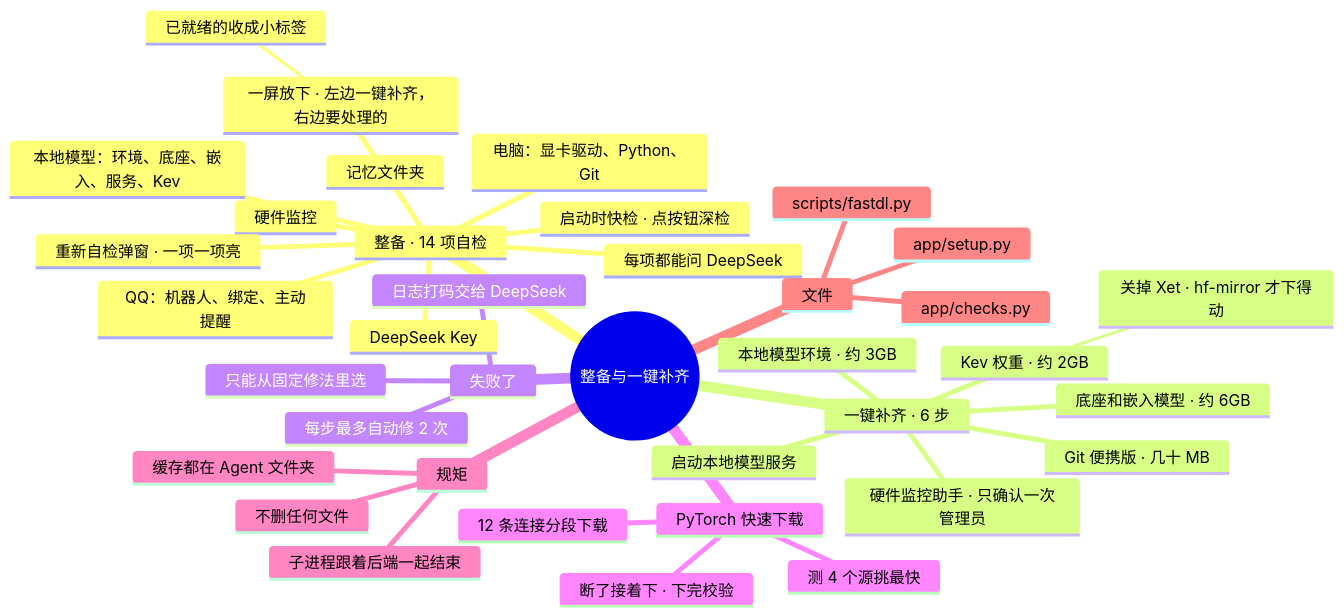
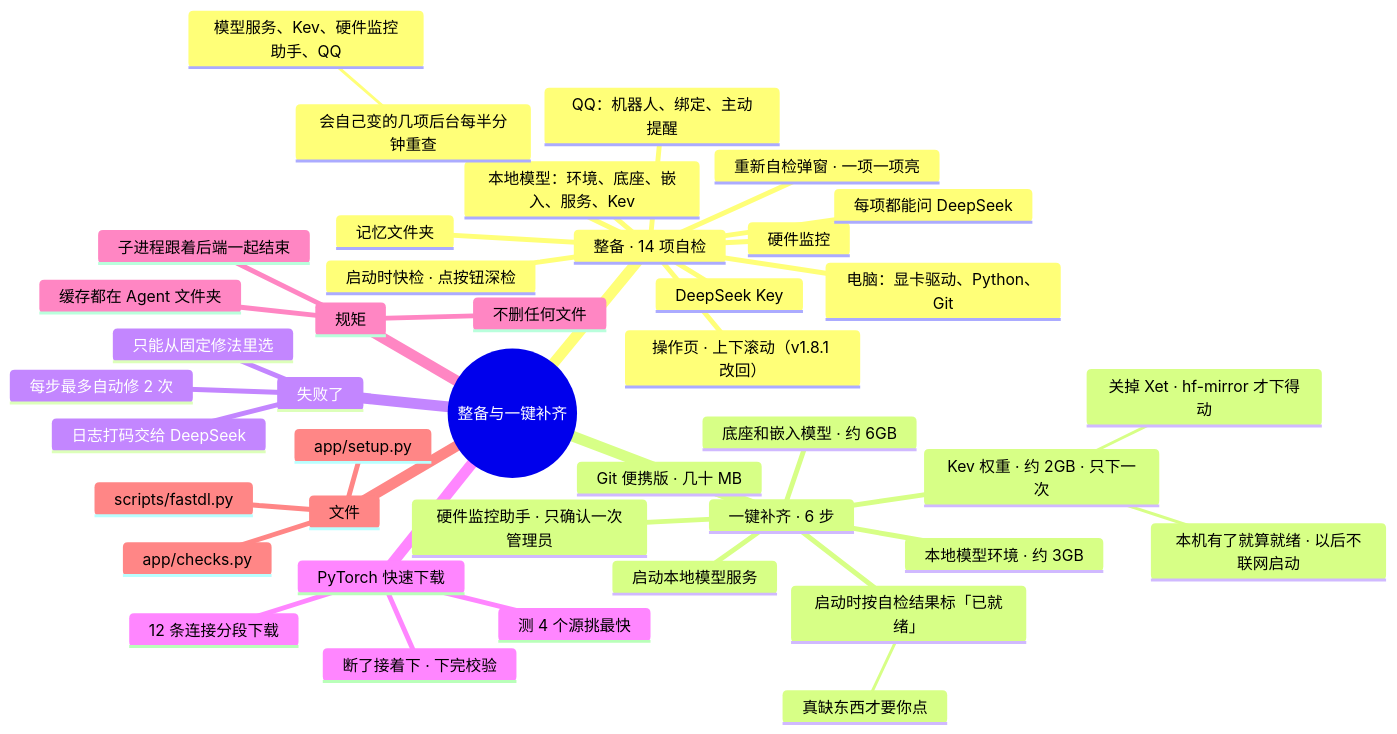
One commit to lql-076/Experiment-Agent-One changed the diagram in docs/AI文档/架构/09-整备与一键补齐.md. Above: the diagram before and after it, drawn with Mermaid. The commit also changed other lines of this file and 28 other files, not shown here.

````diff
--- a/docs/AI文档/架构/09-整备与一键补齐.md
+++ b/docs/AI文档/架构/09-整备与一键补齐.md
@@ -9,42 +9,46 @@
 ```mermaid
 mindmap
   root((整备与一键补齐))
     整备 · 14 项自检
       电脑：显卡驱动、Python、Git
       本地模型：环境、底座、嵌入、服务、Kev
       硬件监控
       DeepSeek Key
       QQ：机器人、绑定、主动提醒
       记忆文件夹
       启动时快检 · 点按钮深检
       重新自检弹窗 · 一项一项亮
       每项都能问 DeepSeek
-      一屏放下 · 左边一键补齐，右边要处理的
-        已就绪的收成小标签
+      操作页 · 上下滚动（v1.8.1 改回）
+      会自己变的几项后台每半分钟重查
+        模型服务、Kev、硬件监控助手、QQ
     一键补齐 · 6 步
+      启动时按自检结果标「已就绪」
+        真缺东西才要你点
       Git 便携版 · 几十 MB
       本地模型环境 · 约 3GB
       底座和嵌入模型 · 约 6GB
       启动本地模型服务
       :::svc-model
-      Kev 权重 · 约 2GB
+      Kev 权重 · 约 2GB · 只下一次
         关掉 Xet · hf-mirror 才下得动
+        本机有了就算就绪 · 以后不联网启动
       硬件监控助手 · 只确认一次管理员
       :::svc-hw
     失败了
       日志打码交给 DeepSeek
       只能从固定修法里选
       每步最多自动修 2 次
     PyTorch 快速下载
       测 4 个源挑最快
       12 条连接分段下载
       断了接着下 · 下完校验
     规矩
       不删任何文件
       缓存都在 Agent 文件夹
       子进程跟着后端一起结束
     文件
       app/checks.py
       app/setup.py
       scripts/fastdl.py
 ```
````
